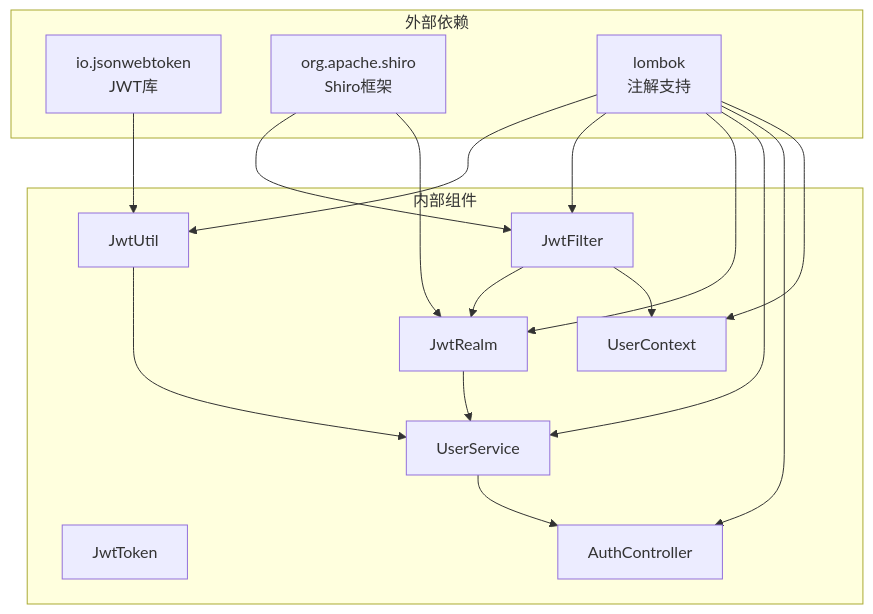
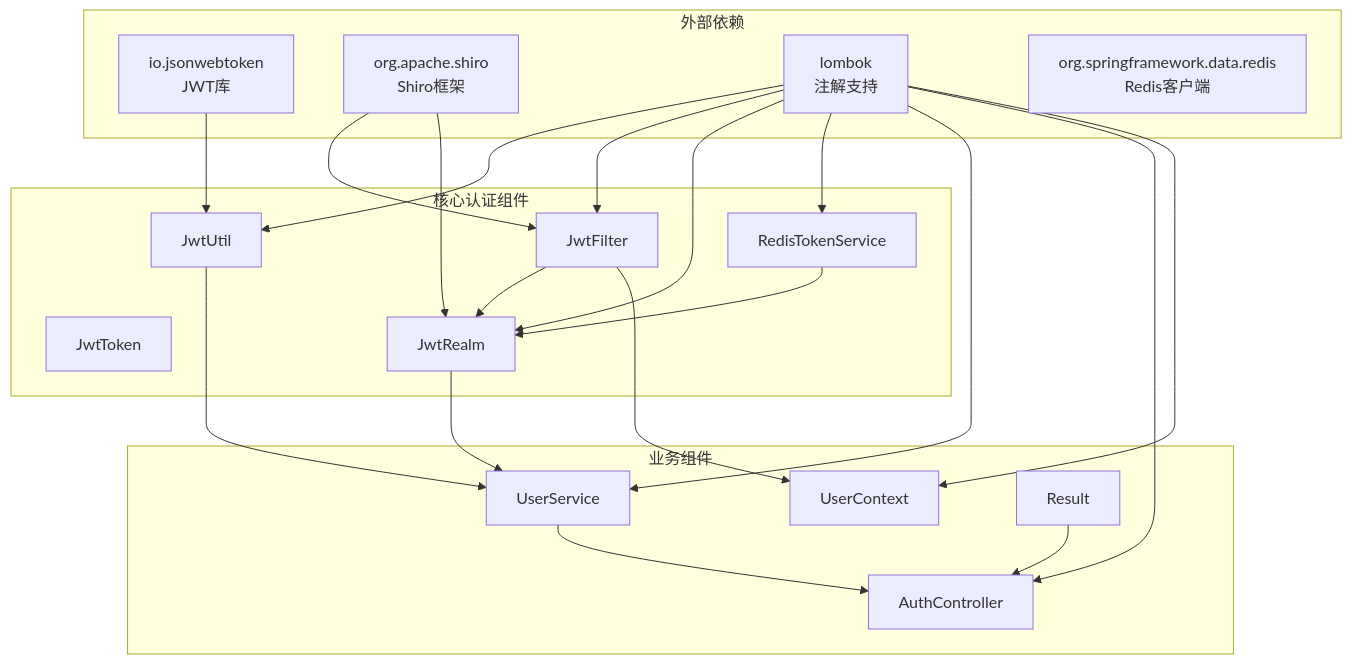
Before and after one commit to 20164206160/zhishilu: the sixth of 6 diagrams in .qoder/repowiki/zh/content/安全认证系统/JWT认证机制.md, drawn with Mermaid. The commit also changed other lines of this file and 28 other files, not shown here.

````diff
--- a/.qoder/repowiki/zh/content/安全认证系统/JWT认证机制.md
+++ b/.qoder/repowiki/zh/content/安全认证系统/JWT认证机制.md
@@ -303,31 +347,39 @@
 ```mermaid
 graph TD
 subgraph "外部依赖"
 A[io.jsonwebtoken<br/>JWT库]
 B[org.apache.shiro<br/>Shiro框架]
 C[lombok<br/>注解支持]
+D[org.springframework.data.redis<br/>Redis客户端]
 end
-subgraph "内部组件"
-D[JwtUtil]
-E[JwtToken]
-F[JwtFilter]
-G[JwtRealm]
-H[UserService]
-I[AuthController]
-J[UserContext]
+subgraph "核心认证组件"
+E[JwtUtil]
+F[JwtToken]
+G[JwtFilter]
+H[JwtRealm]
+I[RedisTokenService]
 end
-A --> D
-B --> F
+subgraph "业务组件"
+J[UserService]
+K[AuthController]
+L[UserContext]
+M[Result]
+end
+A --> E
 B --> G
-C --> D
-C --> F
+B --> H
+C --> E
 C --> G
 C --> H
 C --> I
 C --> J
-D --> H
-F --> G
+C --> K
+C --> L
+E --> J
 G --> H
-H --> I
-F --> J
+H --> J
+I --> H
+J --> K
+G --> L
+M --> K
 ```
````
